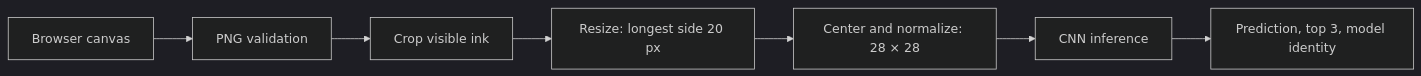
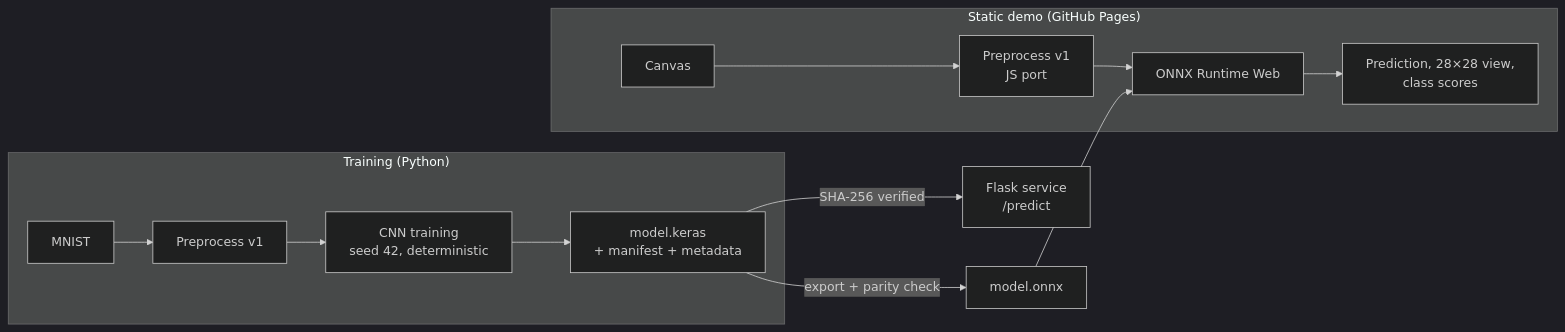
One commit to MapleSugarMochi/MNIST changed the diagram in README.md. Above: the diagram before and after it, drawn with Mermaid (dark theme). The commit also changed other lines of this file and 32 other files, not shown here.

First line of the commit message:
Add an in-browser ONNX demo, switch the project to English, and rewrite the README

````diff
--- a/README.md
+++ b/README.md
@@ -61,9 +30,12 @@
 ```mermaid
 flowchart LR
-    A[Browser canvas] --> B[PNG validation]
-    B --> C[Crop visible ink]
-    C --> D[Resize: longest side 20 px]
-    D --> E[Center and normalize: 28 × 28]
-    E --> F[CNN inference]
-    F --> G[Prediction, top 3, model identity]
+    subgraph Training["Training (Python)"]
+        D[MNIST] --> P1[Preprocess v1] --> T[CNN training<br/>seed 42, deterministic] --> K[model.keras<br/>+ manifest + metadata]
+    end
+    K -->|SHA-256 verified| S[Flask service<br/>/predict]
+    K -->|export + parity check| O[model.onnx]
+    subgraph Browser["Static demo (GitHub Pages)"]
+        C[Canvas] --> P2[Preprocess v1<br/>JS port] --> R[ONNX Runtime Web] --> U[Prediction, 28×28 view,<br/>class scores]
+    end
+    O --> R
 ```
````
